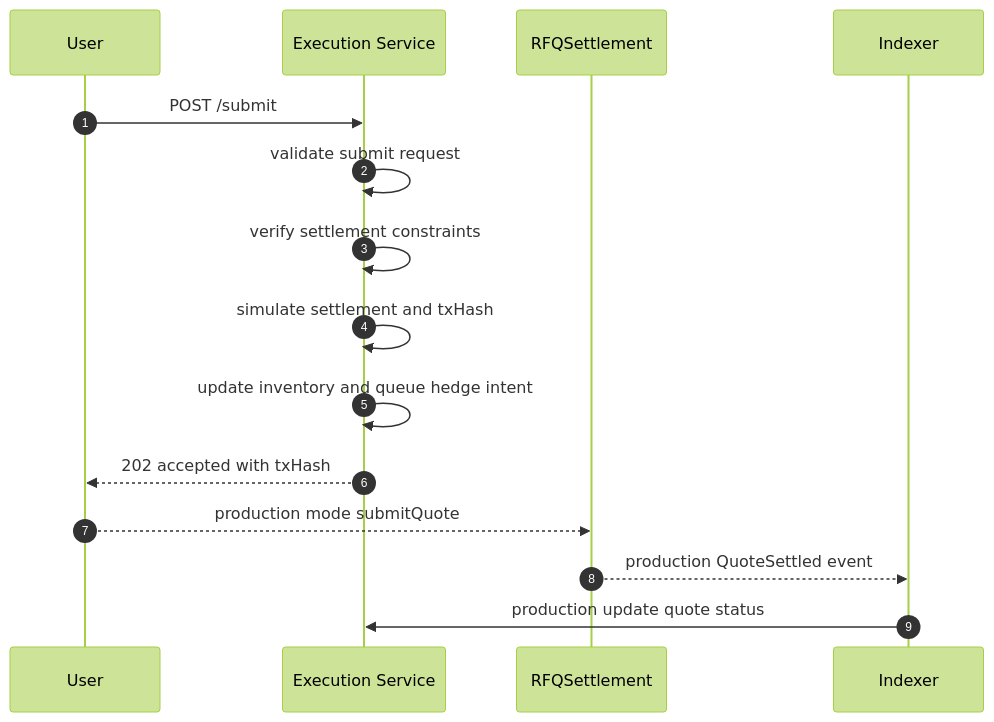
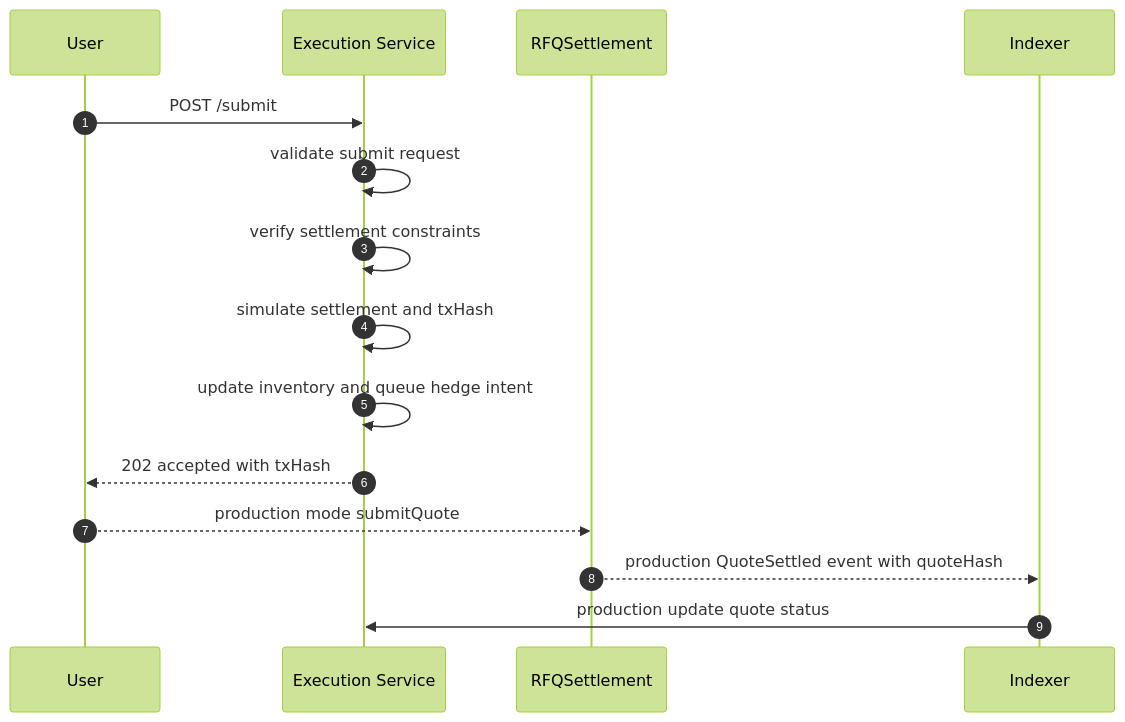
One commit to alvis-ai/production-grade-web3-rfq-market-maker changed the second of 3 diagrams in book/Volume5-BackendEngineering/Chapter06-Execution-Service.md. Above: the diagram before and after it, drawn with Mermaid (forest theme). The commit also changed other lines of this file and 11 other files, not shown here.

Commit message:
feat: expose settlement quote hash

````diff
--- a/book/Volume5-BackendEngineering/Chapter06-Execution-Service.md
+++ b/book/Volume5-BackendEngineering/Chapter06-Execution-Service.md
@@ -79,18 +79,18 @@
 ```mermaid
 sequenceDiagram
   autonumber
   participant U as User
   participant E as Execution Service
   participant C as RFQSettlement
   participant I as Indexer
 
   U->>E: POST /submit
   E->>E: validate submit request
   E->>E: verify settlement constraints
   E->>E: simulate settlement and txHash
   E->>E: update inventory and queue hedge intent
   E-->>U: 202 accepted with txHash
   U-->>C: production mode submitQuote
-  C-->>I: production QuoteSettled event
+  C-->>I: production QuoteSettled event with quoteHash
   I->>E: production update quote status
 ```
````
